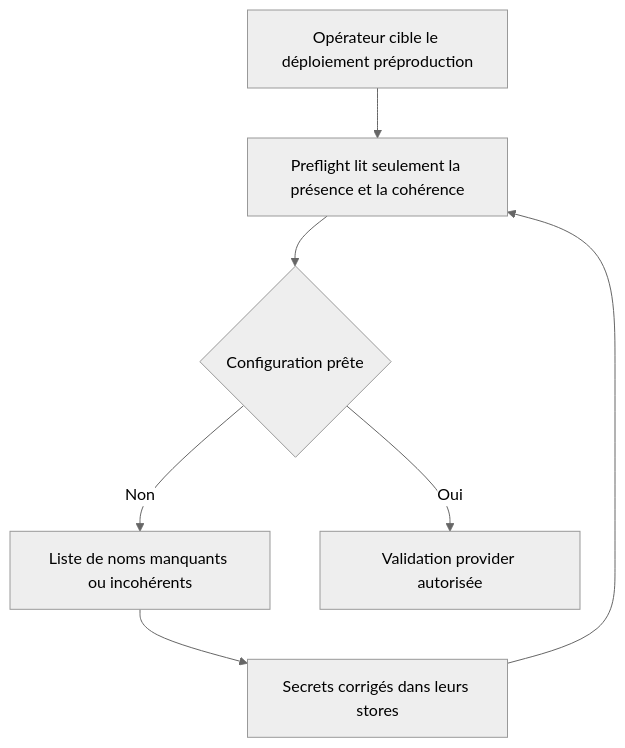
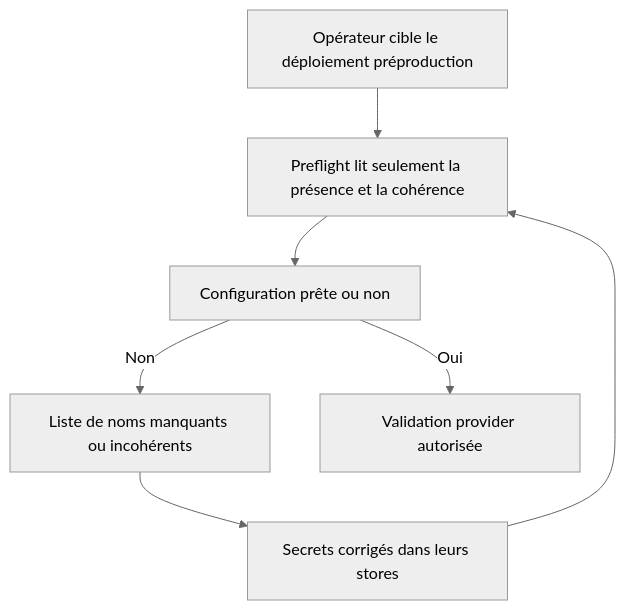
Before and after one commit to neogenz/screenforge: the first of 2 diagrams in aidd_docs/tasks/2026_08/2026_08_16_cloud-prelaunch-validation/phase-1.md, drawn with Mermaid (neutral theme). The commit also changed 2 other files, not shown here.

Commit message:
docs(aidd): finalise la revue du plan Cloud

````diff
--- a/aidd_docs/tasks/2026_08/2026_08_16_cloud-prelaunch-validation/phase-1.md
+++ b/aidd_docs/tasks/2026_08/2026_08_16_cloud-prelaunch-validation/phase-1.md
@@ -29,9 +29,9 @@
 ```mermaid
 flowchart TD
   A[Opérateur cible le déploiement préproduction] --> B[Preflight lit seulement la présence et la cohérence]
-  B --> C{Configuration prête}
+  B --> C[Configuration prête ou non]
   C -- Non --> D[Liste de noms manquants ou incohérents]
   C -- Oui --> E[Validation provider autorisée]
   D --> F[Secrets corrigés dans leurs stores]
   F --> B
 ```
````
